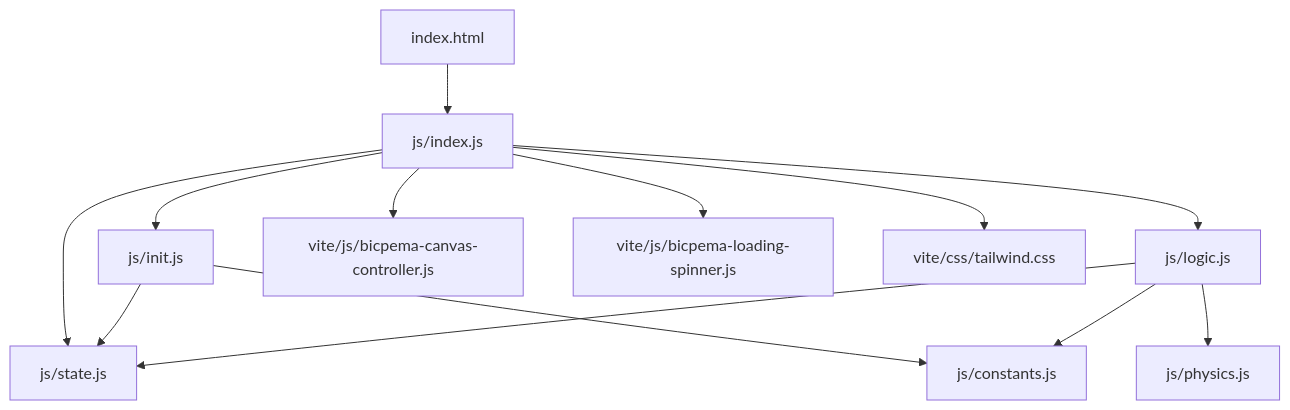
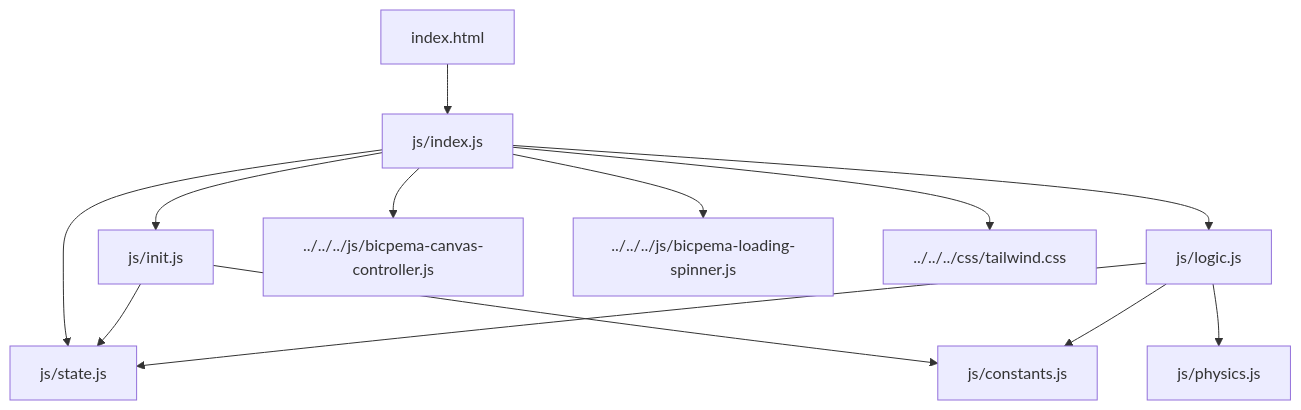
Before and after one commit to Bicpema/bicpema: the first of 2 diagrams in simulation-docs/tate-yoko-wave.md, drawn with Mermaid. The commit also changed other lines of this file and 1 other file, not shown here.

Commit message:
docs: 設計書のmermaid図における共通資産パス表記を実装のimportパスに合わせる

````diff
--- a/simulation-docs/tate-yoko-wave.md
+++ b/simulation-docs/tate-yoko-wave.md
@@ -117,15 +117,15 @@
 ```mermaid
 flowchart TD
   A["index.html"] --> C["js/index.js"]
   C --> D["js/init.js"]
   C --> E["js/logic.js"]
   C --> F["js/state.js"]
   D --> F
   D --> H["js/constants.js"]
   E --> F
   E --> G["js/physics.js"]
   E --> H
-  C --> I["vite/js/bicpema-canvas-controller.js"]
-  C --> J["vite/js/bicpema-loading-spinner.js"]
-  C --> K["vite/css/tailwind.css"]
+  C --> I["../../../js/bicpema-canvas-controller.js"]
+  C --> J["../../../js/bicpema-loading-spinner.js"]
+  C --> K["../../../css/tailwind.css"]
 ```
````
